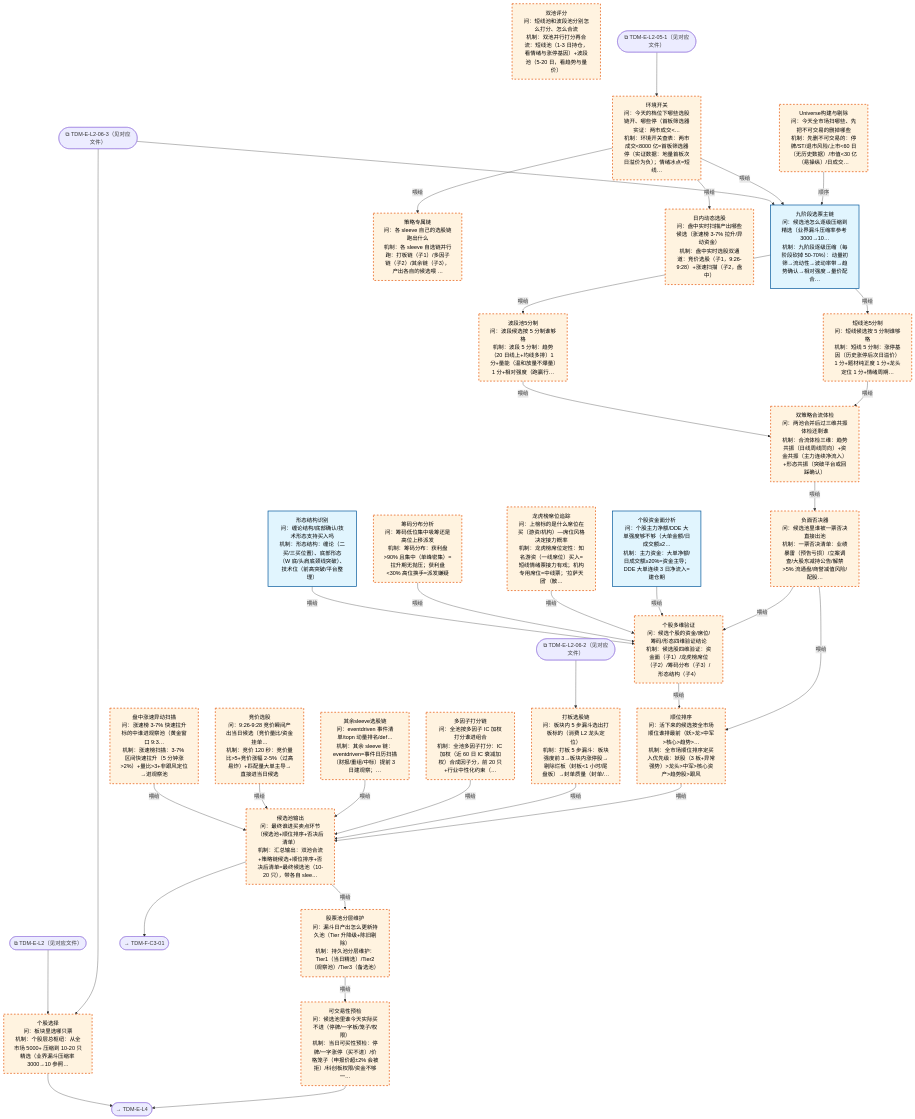
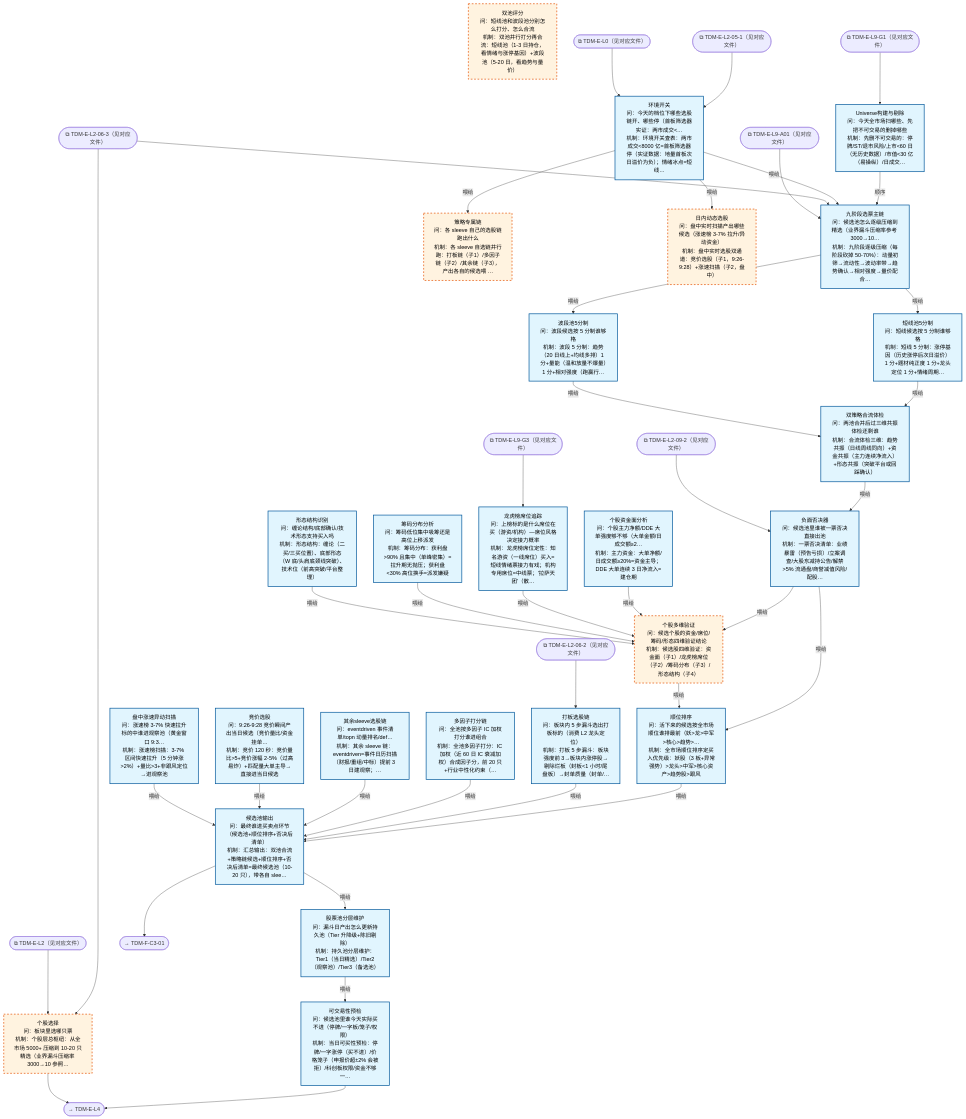
One commit to xuanFelixVan/ZephyrAlpha changed the diagram in docs/02_enterprise_architecture/10_trading_map/trading_map_03_e_l3_stock.md. Above: the diagram before and after it, drawn with Mermaid. The commit also changed other lines of this file and 15 other files, not shown here.

````diff
--- a/docs/02_enterprise_architecture/10_trading_map/trading_map_03_e_l3_stock.md
+++ b/docs/02_enterprise_architecture/10_trading_map/trading_map_03_e_l3_stock.md
@@ -21,69 +21,79 @@
 ```mermaid
 flowchart TD
   TDM_E_L3["个股选择<br/>问：板块里选哪只票<br/>机制：个股层总枢纽：从全市场 5000+ 压缩到 10-20 只精选（业界漏斗压缩率 3000→10 参照…"]
   TDM_E_L3_01["Universe构建与剔除<br/>问：今天全市场扫哪些、先把不可交易的删掉哪些<br/>机制：先删不可交易的：停牌/ST/退市风险/上市<60 日（无历史数据）/市值<30 亿（易操纵）/日成交…"]
   TDM_E_L3_02["九阶段选票主链<br/>问：候选池怎么逐级压缩到精选（业界漏斗压缩率参考 3000→10…<br/>机制：九阶段逐级压缩（每阶段砍掉 50-70%）：动量初筛→流动性→波动率带→趋势确认→相对强度→量价配合…"]
   TDM_E_L3_03["双池评分<br/>问：短线池和波段池分别怎么打分、怎么合流<br/>机制：双池并行打分再合流：短线池（1-3 日持仓，看情绪与涨停基因）+波段池（5-20 日，看趋势与量价）"]
   TDM_E_L3_03_1["短线池5分制<br/>问：短线候选按 5 分制谁够格<br/>机制：短线 5 分制：涨停基因（历史涨停后次日溢价）1 分+题材纯正度 1 分+龙头定位 1 分+情绪周期…"]
   TDM_E_L3_03_2["波段池5分制<br/>问：波段候选按 5 分制谁够格<br/>机制：波段 5 分制：趋势（20 日线上+均线多排）1 分+量能（温和放量不爆量）1 分+相对强度（跑赢行…"]
   TDM_E_L3_03_3["双策略合流体检<br/>问：两池合并后过三维共振体检还剩谁<br/>机制：合流体检三维：趋势共振（日线周线同向）+资金共振（主力连续净流入）+形态共振（突破平台或回踩确认）"]
   TDM_E_L3_04["负面否决器<br/>问：候选池里谁被一票否决直接出池<br/>机制：一票否决清单：业绩暴雷（预告亏损）/立案调查/大股东减持公告/解禁>5% 流通盘/商誉减值风险/配股…"]
   TDM_E_L3_05["顺位排序<br/>问：活下来的候选按全市场顺位谁排最前（妖>龙>中军>核心>趋势>…<br/>机制：全市场顺位排序定买入优先级：妖股（3 板+异常强势）>龙头>中军>核心资产>趋势股>跟风"]
   TDM_E_L3_06["环境开关<br/>问：今天的档位下哪些选股链开、哪些停（首板筛选器实证：两市成交<…<br/>机制：环境开关查表：两市成交<8000 亿=首板筛选器停（实证数据：地量首板次日溢价为负）；情绪冰点=短线…"]
   TDM_E_L3_07["策略专属链<br/>问：各 sleeve 自己的选股链跑出什么<br/>机制：各 sleeve 自选链并行跑：打板链（子1）/多因子链（子2）/其余链（子3），产出各自的候选喂 …"]
   TDM_E_L3_07_1["打板选股链<br/>问：板块内 5 步漏斗选出打板标的（消费 L2 龙头定位）<br/>机制：打板 5 步漏斗：板块强度前 3→板块内涨停股→剔除烂板（封板<1 小时/尾盘板）→封单质量（封单/…"]
   TDM_E_L3_07_2["多因子打分链<br/>问：全池按多因子 IC 加权打分谁进组合<br/>机制：全池多因子打分：IC 加权（近 60 日 IC 衰减加权）合成因子分，前 20 只+行业中性化约束（…"]
   TDM_E_L3_07_3["其余sleeve选股链<br/>问：eventdriven 事件清单/topn 动量排名/def…<br/>机制：其余 sleeve 链：eventdriven=事件日历扫描（财报/重组/中标）提前 3 日建观察；…"]
   TDM_E_L3_08["候选池输出<br/>问：最终谁进买卖点环节（候选池+顺位排序+否决后清单）<br/>机制：汇总输出：双池合流+策略链候选+顺位排序+否决后清单=最终候选池（10-20 只），带各自 slee…"]
   TDM_E_L3_09["股票池分层维护<br/>问：漏斗日产出怎么更新持久池（Tier 升降级+陈旧剔除）<br/>机制：持久池分层维护：Tier1（当日精选）/Tier2（观察池）/Tier3（备选池）"]
   TDM_E_L3_10["可交易性预检<br/>问：候选池里谁今天实际买不进（停牌/一字板/笼子/权限）<br/>机制：当日可买性预检：停牌/一字涨停（买不进）/价格笼子（申报价超±2% 会被拒）/科创板权限/资金不够一…"]
   TDM_E_L3_11["日内动态选股<br/>问：盘中实时扫描产出哪些候选（涨速榜 3-7% 拉升/异动资金）<br/>机制：盘中实时选股双通道：竞价选股（子1，9:26-9:28）+涨速扫描（子2，盘中）"]
   TDM_E_L3_11_1["竞价选股<br/>问：9:26-9:28 竞价瞬间产出当日候选（竞价量比/资金挂单…<br/>机制：竞价 120 秒：竞价量比>5+竞价涨幅 2-5%（过高易炸）+匹配量大单主导→直接进当日候选"]
   TDM_E_L3_11_2["盘中涨速异动扫描<br/>问：涨速榜 3-7% 快速拉升标的中谁进观察池（黄金窗口 9:3…<br/>机制：涨速榜扫描：3-7% 区间快速拉升（5 分钟涨>2%）+量比>3+非跟风定位→进观察池"]
   TDM_E_L3_12["个股多维验证<br/>问：候选个股的资金/席位/筹码/形态四维验证结论<br/>机制：候选股四维验证：资金面（子1）/龙虎榜席位（子2）/筹码分布（子3）/形态结构（子4）"]
   TDM_E_L3_12_1["个股资金面分析<br/>问：个股主力净额/DDE 大单强度够不够（大单金额/日成交额≥2…<br/>机制：主力资金：大单净额/日成交额≥20%=资金主导；DDE 大单连续 3 日净流入=建仓期"]
   TDM_E_L3_12_2["龙虎榜席位追踪<br/>问：上榜标的是什么席位在买（游资/机构）—席位风格决定接力概率<br/>机制：龙虎榜席位定性：知名游资（一线席位）买入=短线情绪票接力有戏；机构专用席位=中线票；'拉萨天团'（散…"]
   TDM_E_L3_12_3["筹码分布分析<br/>问：筹码低位集中吸筹还是高位上移派发<br/>机制：筹码分布：获利盘>90% 且集中（单峰密集）=拉升期无抛压；获利盘<30% 高位换手=派发嫌疑"]
   TDM_E_L3_12_4["形态结构识别<br/>问：缠论结构/底部确认/技术形态支持买入吗<br/>机制：形态结构：缠论（二买/三买位置）、底部形态（W 底/头肩底颈线突破）、技术位（前高突破/平台整理）"]
   EXT_TDM_E_L2_06_3(["⧉ TDM-E-L2-06-3（见对应文件）"])
   EXT_TDM_E_L2(["⧉ TDM-E-L2（见对应文件）"])
   EXT_TDM_E_L2_05_1(["⧉ TDM-E-L2-05-1（见对应文件）"])
+  EXT_TDM_E_L0(["⧉ TDM-E-L0（见对应文件）"])
   EXT_TDM_E_L2_06_2(["⧉ TDM-E-L2-06-2（见对应文件）"])
+  EXT_TDM_E_L9_A01(["⧉ TDM-E-L9-A01（见对应文件）"])
+  EXT_TDM_E_L2_09_2(["⧉ TDM-E-L2-09-2（见对应文件）"])
+  EXT_TDM_E_L9_G1(["⧉ TDM-E-L9-G1（见对应文件）"])
+  EXT_TDM_E_L9_G3(["⧉ TDM-E-L9-G3（见对应文件）"])
   EXT_TDM_E_L2_06_3 --> TDM_E_L3
   TDM_E_L3_01 -->|顺序| TDM_E_L3_02
   TDM_E_L3_02 -->|喂给| TDM_E_L3_03_1
   TDM_E_L3_02 -->|喂给| TDM_E_L3_03_2
   TDM_E_L3_03_1 -->|喂给| TDM_E_L3_03_3
   TDM_E_L3_03_2 -->|喂给| TDM_E_L3_03_3
   TDM_E_L3_03_3 -->|喂给| TDM_E_L3_04
   TDM_E_L3_04 -->|喂给| TDM_E_L3_05
   TDM_E_L3_05 -->|喂给| TDM_E_L3_08
   TDM_E_L3_06 -->|喂给| TDM_E_L3_02
   TDM_E_L3_06 -->|喂给| TDM_E_L3_07
   TDM_E_L3_07_1 -->|喂给| TDM_E_L3_08
   TDM_E_L3_07_2 -->|喂给| TDM_E_L3_08
   TDM_E_L3_07_3 -->|喂给| TDM_E_L3_08
   TDM_E_L3_08 -->|喂给| TDM_E_L3_09
   TDM_E_L3_09 -->|喂给| TDM_E_L3_10
   TDM_E_L3_10 --> EXT_OUT_TDM_E_L4([→ TDM-E-L4])
   TDM_E_L3_11_1 -->|喂给| TDM_E_L3_08
   TDM_E_L3_11_2 -->|喂给| TDM_E_L3_08
   TDM_E_L3_04 -->|喂给| TDM_E_L3_12
   TDM_E_L3_12 -->|喂给| TDM_E_L3_05
   EXT_TDM_E_L2_05_1 --> TDM_E_L3_06
   EXT_TDM_E_L2_06_2 --> TDM_E_L3_07_1
   EXT_TDM_E_L2_06_3 --> TDM_E_L3_02
   EXT_TDM_E_L2 --> TDM_E_L3
   TDM_E_L3 --> EXT_OUT_TDM_E_L4([→ TDM-E-L4])
   TDM_E_L3_06 -->|喂给| TDM_E_L3_11
   TDM_E_L3_12_1 -->|喂给| TDM_E_L3_12
   TDM_E_L3_12_2 -->|喂给| TDM_E_L3_12
   TDM_E_L3_12_3 -->|喂给| TDM_E_L3_12
   TDM_E_L3_12_4 -->|喂给| TDM_E_L3_12
   TDM_E_L3_08 --> EXT_OUT_TDM_F_C3_01([→ TDM-F-C3-01])
+  EXT_TDM_E_L0 --> TDM_E_L3_06
+  EXT_TDM_E_L2_09_2 --> TDM_E_L3_04
+  EXT_TDM_E_L9_G1 --> TDM_E_L3_01
+  EXT_TDM_E_L9_G3 --> TDM_E_L3_12_2
+  EXT_TDM_E_L9_A01 --> TDM_E_L3_02
   classDef production fill:#e1f5fe,stroke:#01579b,stroke-width:2px,color:#000;
   classDef design fill:#fff3e0,stroke:#e65100,stroke-width:2px,color:#000,stroke-dasharray: 5 5;
   classDef paper fill:#e8f5e9,stroke:#2e7d32,stroke-width:2.5px,color:#000;
-  class TDM_E_L3_02,TDM_E_L3_12_1,TDM_E_L3_12_4 production;
-  class TDM_E_L3,TDM_E_L3_01,TDM_E_L3_03,TDM_E_L3_03_1,TDM_E_L3_03_2,TDM_E_L3_03_3,TDM_E_L3_04,TDM_E_L3_05,TDM_E_L3_06,TDM_E_L3_07,TDM_E_L3_07_1,TDM_E_L3_07_2,TDM_E_L3_07_3,TDM_E_L3_08,TDM_E_L3_09,TDM_E_L3_10,TDM_E_L3_11,TDM_E_L3_11_1,TDM_E_L3_11_2,TDM_E_L3_12,TDM_E_L3_12_2,TDM_E_L3_12_3 design;
+  class TDM_E_L3_01,TDM_E_L3_02,TDM_E_L3_03_1,TDM_E_L3_03_2,TDM_E_L3_03_3,TDM_E_L3_04,TDM_E_L3_05,TDM_E_L3_06,TDM_E_L3_07_1,TDM_E_L3_07_2,TDM_E_L3_07_3,TDM_E_L3_08,TDM_E_L3_09,TDM_E_L3_10,TDM_E_L3_11_1,TDM_E_L3_11_2,TDM_E_L3_12_1,TDM_E_L3_12_2,TDM_E_L3_12_3,TDM_E_L3_12_4 production;
+  class TDM_E_L3,TDM_E_L3_03,TDM_E_L3_07,TDM_E_L3_11,TDM_E_L3_12 design;
 ```
````
